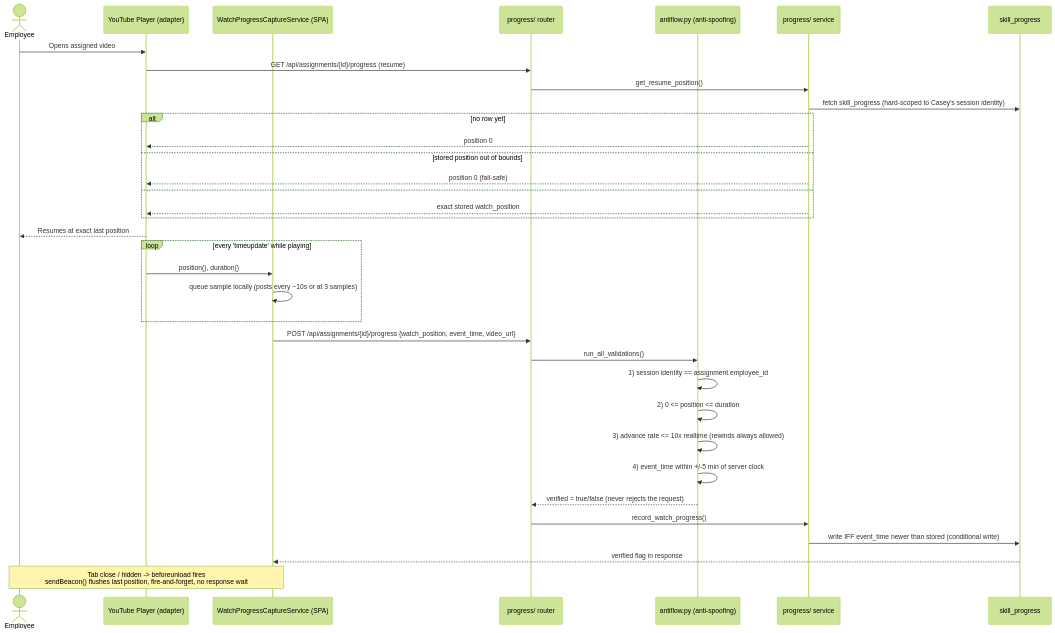
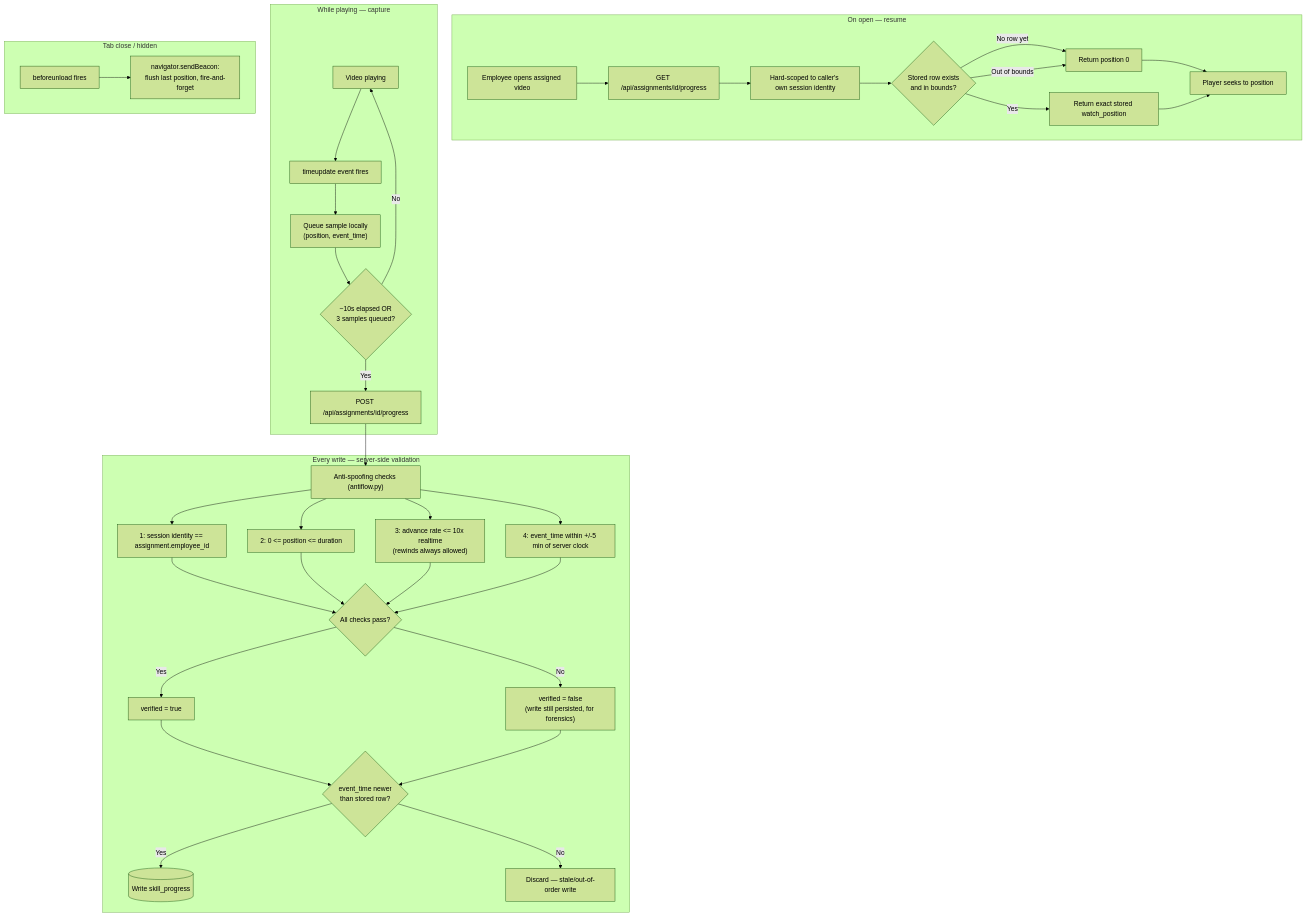
Before and after one commit to PTirumalaVasu/TalentPilot-AI: the first of 2 diagrams in _bmad-output/planning-artifacts/architecture/architecture-TalentPilot-AI-2026-07-09/Diagrams/PROGRESS-TRACKING-DESIGN.md, drawn with Mermaid (forest theme). The commit also changed other lines of this file, not shown here.

````diff
--- a/_bmad-output/planning-artifacts/architecture/architecture-TalentPilot-AI-2026-07-09/Diagrams/PROGRESS-TRACKING-DESIGN.md
+++ b/_bmad-output/planning-artifacts/architecture/architecture-TalentPilot-AI-2026-07-09/Diagrams/PROGRESS-TRACKING-DESIGN.md
@@ -21,41 +21,43 @@
 ```mermaid
-sequenceDiagram
-    actor Casey as Employee
-    participant Player as YouTube Player (adapter)
-    participant Cap as WatchProgressCaptureService (SPA)
-    participant API as progress/ router
-    participant Anti as antiflow.py (anti-spoofing)
-    participant SVC as progress/ service
-    participant DB as skill_progress
-
-    Casey->>Player: Opens assigned video
-    Player->>API: GET /api/assignments/{id}/progress (resume)
-    API->>SVC: get_resume_position()
-    SVC->>DB: fetch skill_progress (hard-scoped to Casey's session identity)
-    alt no row yet
-        SVC-->>Player: position 0
-    else stored position out of bounds
-        SVC-->>Player: position 0 (fail-safe)
-    else
-        SVC-->>Player: exact stored watch_position
-    end
-    Player-->>Casey: Resumes at exact last position
-
-    loop every 'timeupdate' while playing
-        Player->>Cap: position(), duration()
-        Cap->>Cap: queue sample locally (posts every ~10s or at 3 samples)
+flowchart TD
+    subgraph Resume["On open — resume"]
+        Open["Employee opens assigned video"] --> ResumeReq["GET /api/assignments/id/progress"]
+        ResumeReq --> ResumeScope["Hard-scoped to caller's own session identity"]
+        ResumeScope --> ResumeCheck{"Stored row exists\nand in bounds?"}
+        ResumeCheck -->|"No row yet"| Zero["Return position 0"]
+        ResumeCheck -->|"Out of bounds"| Zero
+        ResumeCheck -->|"Yes"| Exact["Return exact stored watch_position"]
+        Zero --> Seek["Player seeks to position"]
+        Exact --> Seek
     end
 
-    Cap->>API: POST /api/assignments/{id}/progress {watch_position, event_time, video_url}
-    API->>Anti: run_all_validations()
-    Anti->>Anti: 1) session identity == assignment.employee_id
-    Anti->>Anti: 2) 0 <= position <= duration
-    Anti->>Anti: 3) advance rate <= 10x realtime (rewinds always allowed)
-    Anti->>Anti: 4) event_time within +/-5 min of server clock
-    Anti-->>API: verified = true/false (never rejects the request)
-    API->>SVC: record_watch_progress()
-    SVC->>DB: write IFF event_time newer than stored (conditional write)
-    DB-->>Cap: verified flag in response
+    subgraph Capture["While playing — capture"]
+        Play["Video playing"] --> Tick["timeupdate event fires"]
+        Tick --> Queue["Queue sample locally\n(position, event_time)"]
+        Queue --> Trigger{"~10s elapsed OR\n3 samples queued?"}
+        Trigger -->|No| Play
+        Trigger -->|Yes| Post["POST /api/assignments/id/progress"]
+    end
 
-    Note over Casey,Cap: Tab close / hidden -> beforeunload fires<br/>sendBeacon() flushes last position, fire-and-forget, no response wait
+    subgraph Validate["Every write — server-side validation"]
+        Post --> Anti["Anti-spoofing checks (antiflow.py)"]
+        Anti --> C1["1: session identity == assignment.employee_id"]
+        Anti --> C2["2: 0 <= position <= duration"]
+        Anti --> C3["3: advance rate <= 10x realtime\n(rewinds always allowed)"]
+        Anti --> C4["4: event_time within +/-5 min of server clock"]
+        C1 --> Verified{"All checks pass?"}
+        C2 --> Verified
+        C3 --> Verified
+        C4 --> Verified
+        Verified -->|Yes| Flag["verified = true"]
+        Verified -->|No| FlagFalse["verified = false\n(write still persisted, for forensics)"]
+        Flag --> Cond{"event_time newer\nthan stored row?"}
+        FlagFalse --> Cond
+        Cond -->|Yes| Write[("Write skill_progress")]
+        Cond -->|No| Drop["Discard — stale/out-of-order write"]
+    end
+
+    subgraph TabClose["Tab close / hidden"]
+        Unload["beforeunload fires"] --> Beacon["navigator.sendBeacon:\nflush last position, fire-and-forget"]
+    end
 ```
````
